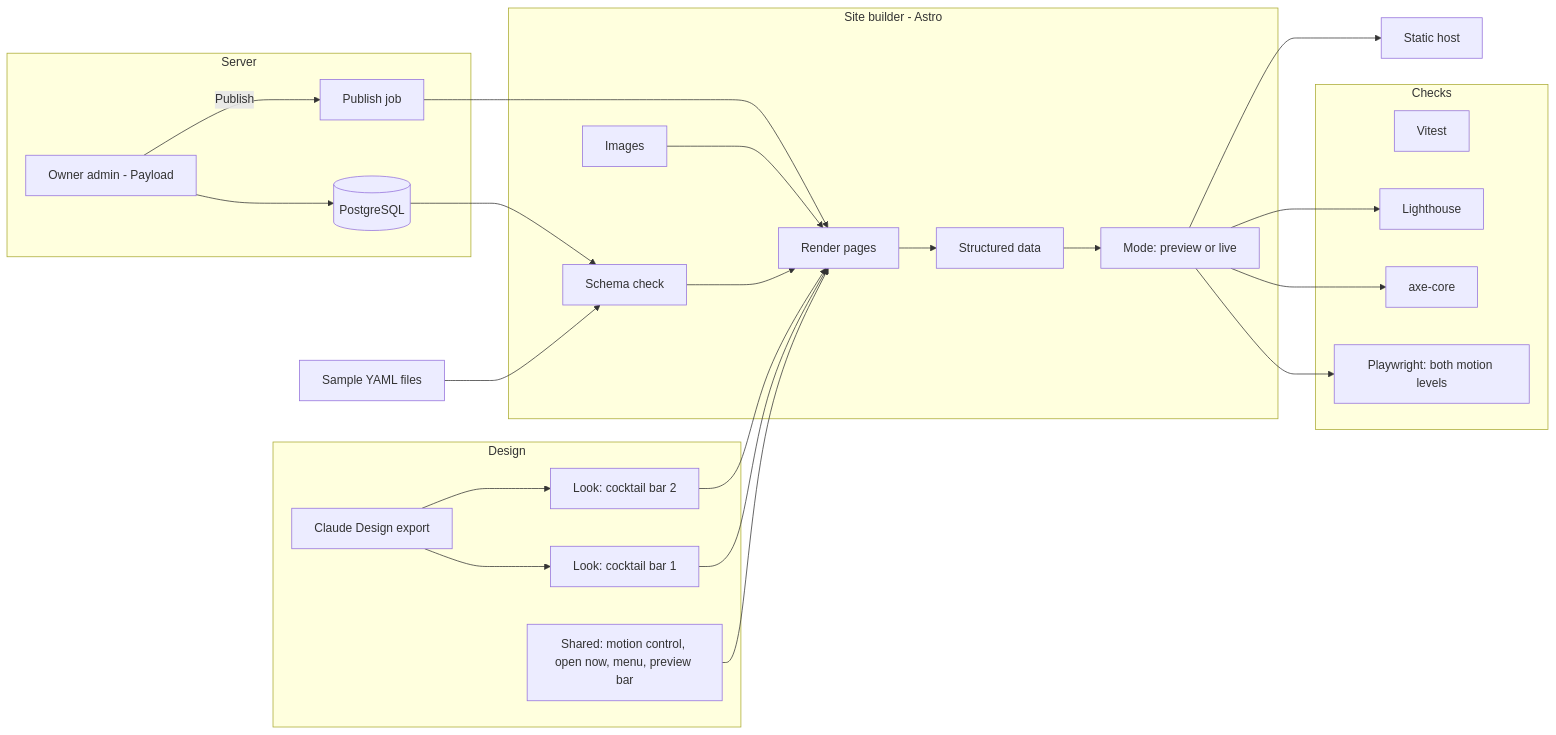
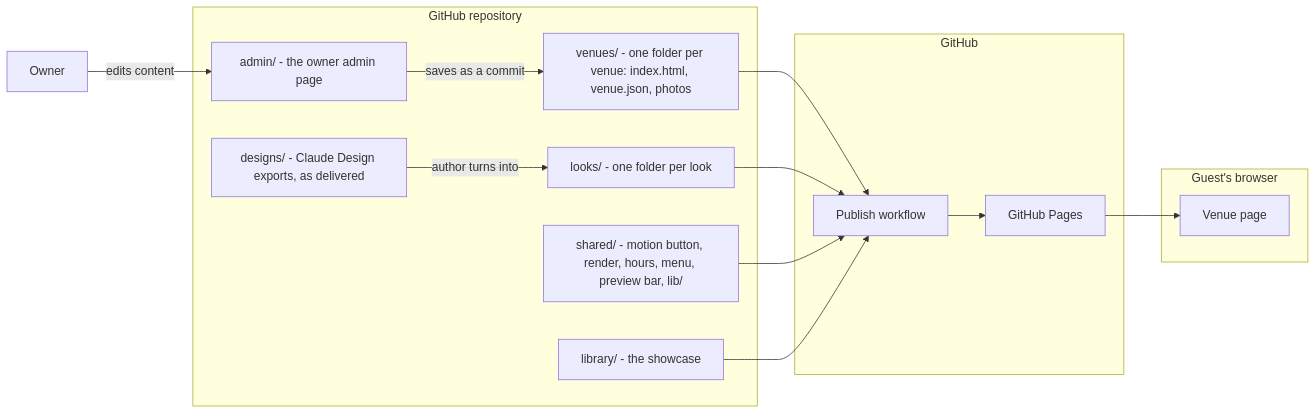
One commit to MoAbboud/PortFolio changed the diagram in menufactory/requirements/03-architecture.md. Above: the diagram before and after it, drawn with Mermaid. The commit also changed other lines of this file and 7 other files, not shown here.

Commit message:
menufactory: built for github pages - plain files with no build, gsap and three.js pinned in the project, a git-based owner admin, a motion button on every page, approved look switches; designs folders by category kept out of git, and what can and cannot protect a design

````diff
--- a/menufactory/requirements/03-architecture.md
+++ b/menufactory/requirements/03-architecture.md
@@ -68,51 +66,30 @@
 ```mermaid
 flowchart LR
-    subgraph design[Design]
-        CD[Claude Design export]
-        L1[Look: cocktail bar 1]
-        L2[Look: cocktail bar 2]
-        SH[Shared: motion control, open now, menu, preview bar]
+    subgraph repo[GitHub repository]
+        DES[designs/ - Claude Design exports, as delivered]
+        LOOK[looks/ - one folder per look]
+        SH[shared/ - motion button, render, hours, menu, preview bar, lib/]
+        VEN[venues/ - one folder per venue: index.html, venue.json, photos]
+        LIB[library/ - the showcase]
+        ADM[admin/ - the owner admin page]
     end
 
-    subgraph server[Server]
-        ADM[Owner admin - Payload]
-        PG[(PostgreSQL)]
-        PUB[Publish job]
+    subgraph gh[GitHub]
+        ACT[Publish workflow]
+        PAGES[GitHub Pages]
     end
 
-    subgraph builder[Site builder - Astro]
-        SCH[Schema check]
-        RND[Render pages]
-        IMG[Images]
-        SD[Structured data]
-        MODE[Mode: preview or live]
+    subgraph browser[Guest's browser]
+        PAGE[Venue page]
     end
 
-    subgraph checks[Checks]
-        UNIT[Vitest]
-        PW[Playwright: both motion levels]
-        AXE[axe-core]
-        LH[Lighthouse]
-    end
-
-    HOST[Static host]
-    YAML[Sample YAML files]
-
-    CD --> L1
-    CD --> L2
-    ADM --> PG
-    ADM -->|Publish| PUB
-    PG --> SCH
-    YAML --> SCH
-    PUB --> RND
-    SCH --> RND
-    L1 --> RND
-    L2 --> RND
-    SH --> RND
-    IMG --> RND
-    RND --> SD --> MODE
-    MODE --> PW
-    MODE --> AXE
-    MODE --> LH
-    MODE --> HOST
+    DES -->|author turns into| LOOK
+    OW[Owner] -->|edits content| ADM
+    ADM -->|saves as a commit| VEN
+    VEN --> ACT
+    LOOK --> ACT
+    SH --> ACT
+    LIB --> ACT
+    ACT --> PAGES
+    PAGES --> PAGE
 ```
````
